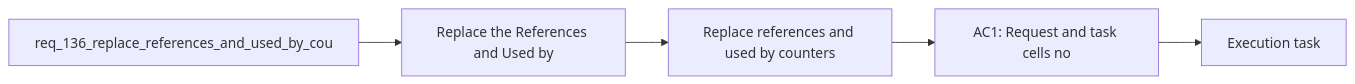
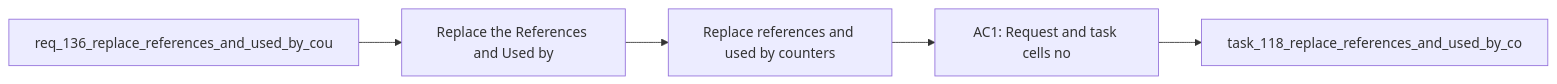
One commit to AlexAgo83/logics-manager changed the diagram in logics/backlog/item_258_replace_references_and_used_by_counters_with_a_discreet_progress_complexity_badge.md. Above: the diagram before and after it, drawn with Mermaid. The commit also changed 12 other files, not shown here.

````diff
--- a/logics/backlog/item_258_replace_references_and_used_by_counters_with_a_discreet_progress_complexity_badge.md
+++ b/logics/backlog/item_258_replace_references_and_used_by_counters_with_a_discreet_progress_complexity_badge.md
@@ -25,9 +25,9 @@
 ```mermaid
 %% logics-kind: backlog
 %% logics-signature: backlog|replace-references-and-used-by-counters-|req-136-replace-references-and-used-by-c|replace-the-references-and-used-by|ac1-request-and-task-cells-no
 flowchart LR
     Request[req_136_replace_references_and_used_by_cou] --> Problem[Replace the References and Used by]
     Problem --> Scope[Replace references and used by counters]
     Scope --> Acceptance[AC1: Request and task cells no]
-    Acceptance --> Tasks[Execution task]
+    Acceptance --> Tasks[task_118_replace_references_and_used_by_co]
 ```
````
